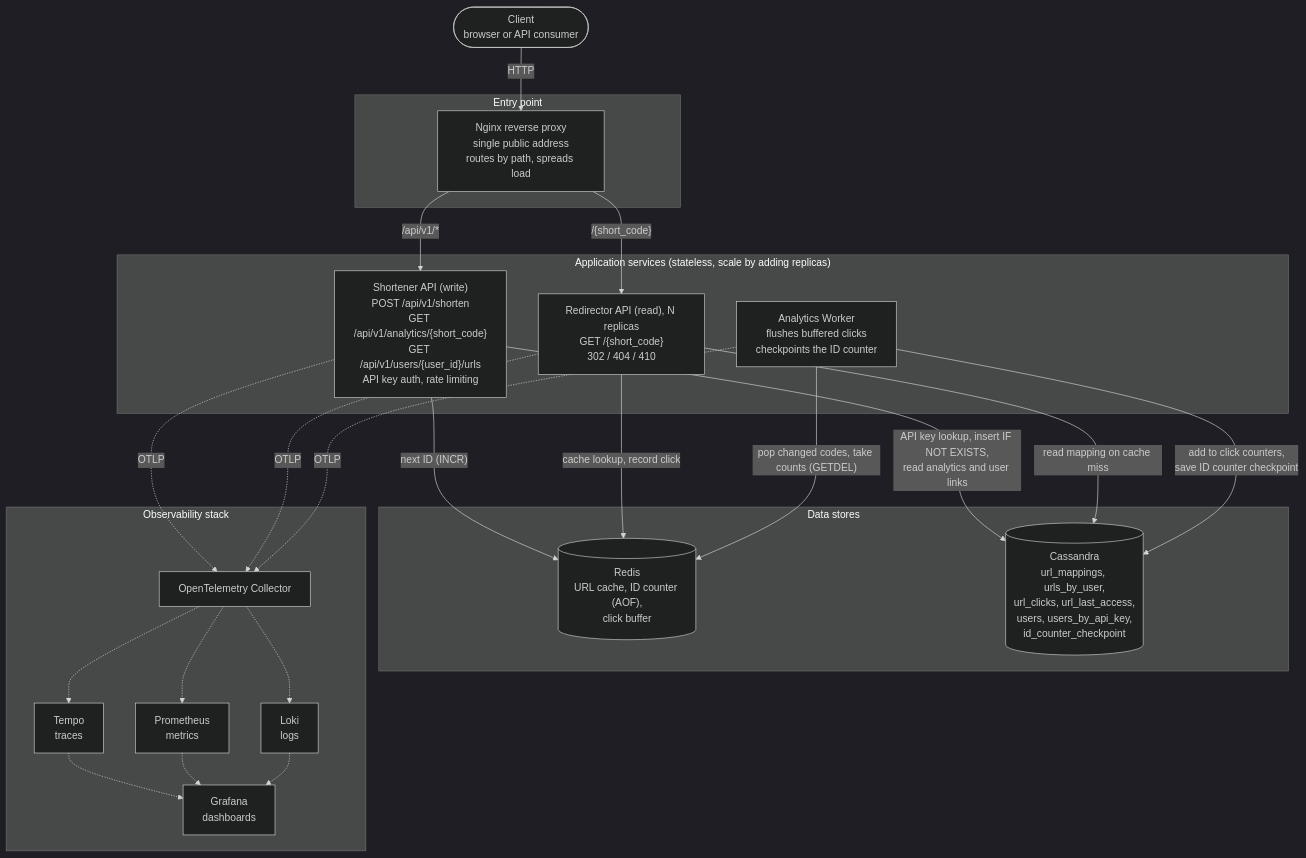
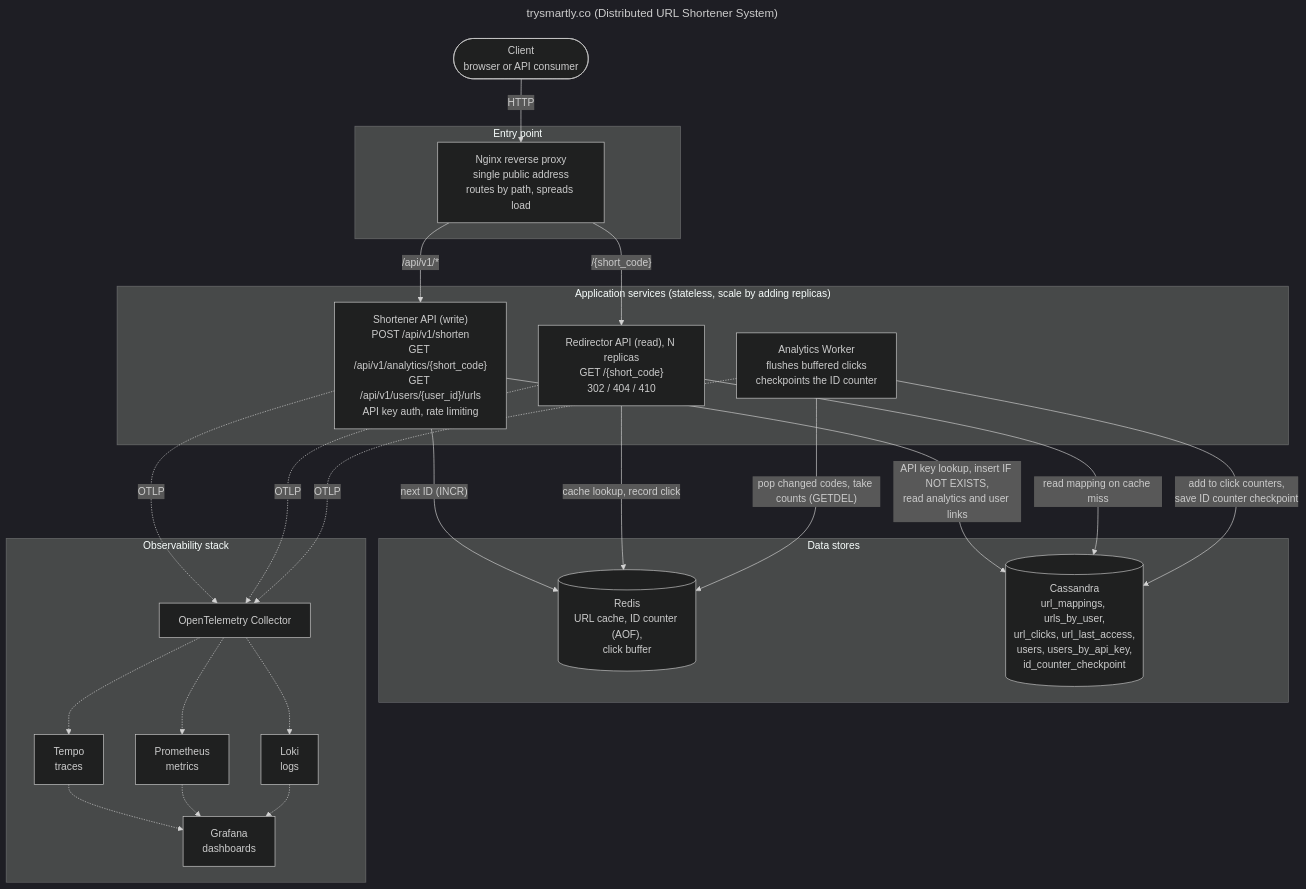
Before and after one commit to srimani-ravikumar/url-shortener-service: the diagram in docs/02-design/architecture.md, drawn with Mermaid (dark theme). The commit also changed other lines of this file and 4 other files, not shown here.

Commit message:
rename brand to trysmartly.co and link db-schema from architecture

````diff
--- a/docs/02-design/architecture.md
+++ b/docs/02-design/architecture.md
@@ -5,50 +5,53 @@
 ```mermaid
+---
+title: trysmartly.co (Distributed URL Shortener System)
+---
 flowchart TB
     client(["Client<br/>browser or API consumer"])
 
     subgraph edge["Entry point"]
         nginx["Nginx reverse proxy<br/>single public address<br/>routes by path, spreads load"]
     end
 
     subgraph app["Application services (stateless, scale by adding replicas)"]
         shortener["Shortener API (write)<br/>POST /api/v1/shorten<br/>GET /api/v1/analytics/{short_code}<br/>GET /api/v1/users/{user_id}/urls<br/>API key auth, rate limiting"]
         redirector["Redirector API (read), N replicas<br/>GET /{short_code}<br/>302 / 404 / 410"]
         worker["Analytics Worker<br/>flushes buffered clicks<br/>checkpoints the ID counter"]
     end
 
     subgraph data["Data stores"]
         redis[("Redis<br/>URL cache, ID counter (AOF),<br/>click buffer")]
         cassandra[("Cassandra<br/>url_mappings, urls_by_user,<br/>url_clicks, url_last_access,<br/>users, users_by_api_key,<br/>id_counter_checkpoint")]
     end
 
     subgraph obs["Observability stack"]
         otel["OpenTelemetry Collector"]
         tempo["Tempo<br/>traces"]
         prom["Prometheus<br/>metrics"]
         loki["Loki<br/>logs"]
         grafana["Grafana<br/>dashboards"]
     end
 
     client -->|"HTTP"| nginx
     nginx -->|"/api/v1/*"| shortener
     nginx -->|"/{short_code}"| redirector
 
     shortener -->|"next ID (INCR)"| redis
     shortener -->|"API key lookup, insert IF NOT EXISTS,<br/>read analytics and user links"| cassandra
 
     redirector -->|"cache lookup, record click"| redis
     redirector -->|"read mapping on cache miss"| cassandra
 
     worker -->|"pop changed codes, take counts (GETDEL)"| redis
     worker -->|"add to click counters,<br/>save ID counter checkpoint"| cassandra
 
     shortener -.->|"OTLP"| otel
     redirector -.->|"OTLP"| otel
     worker -.->|"OTLP"| otel
     otel -.-> tempo
     otel -.-> prom
     otel -.-> loki
     tempo -.-> grafana
     prom -.-> grafana
     loki -.-> grafana
 ```
````
